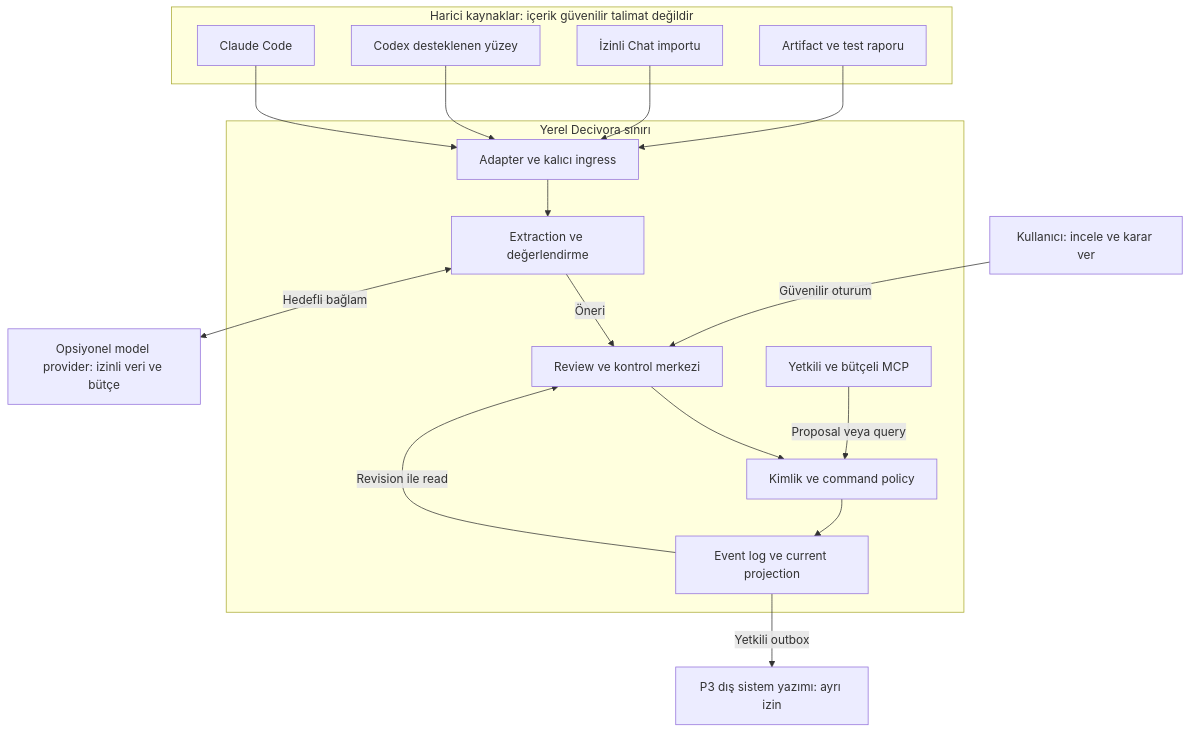
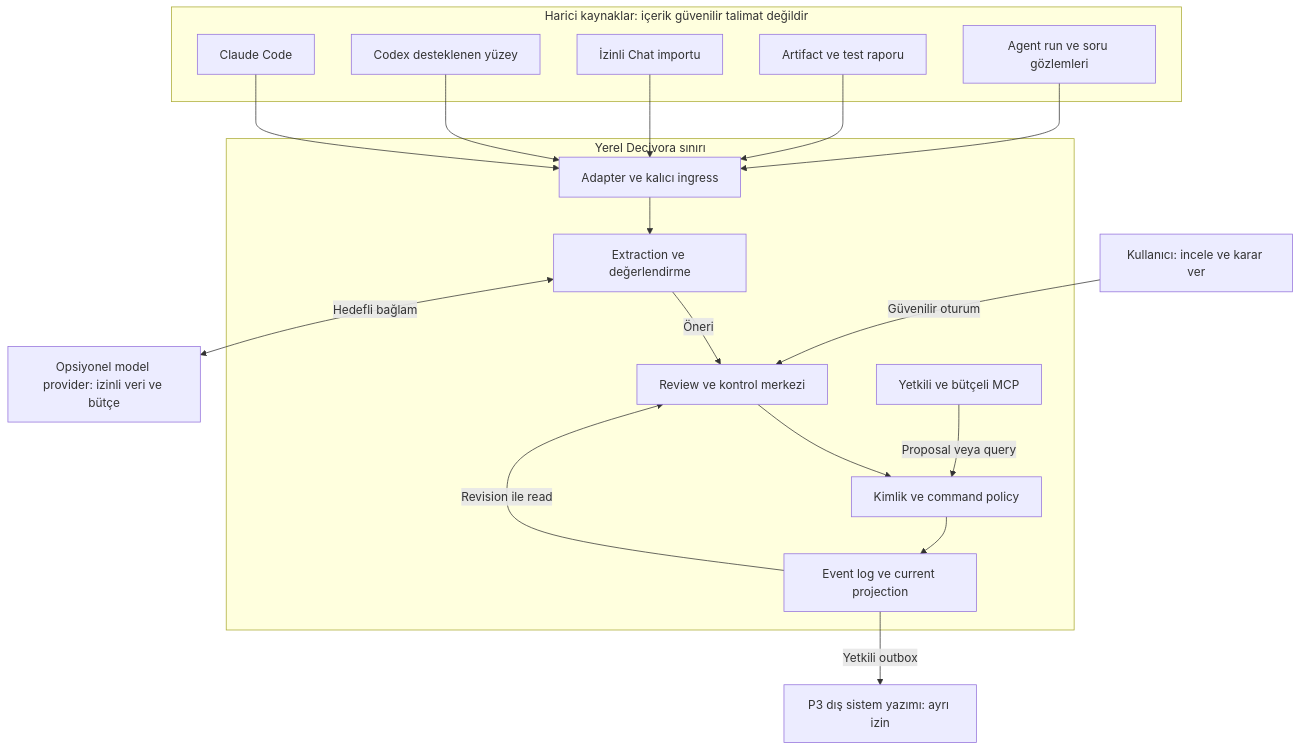
Before and after one commit to alphanAkbulut/decivora: the first of 13 diagrams in docs/architecture/diagrams.md, drawn with Mermaid. The commit also changed other lines of this file and 15 other files, not shown here.

Commit message:
docs: align diagrams and define administration and operations

````diff
--- a/docs/architecture/diagrams.md
+++ b/docs/architecture/diagrams.md
@@ -7,33 +7,35 @@
 ```mermaid
 flowchart TB
     USER["Kullanıcı: incele ve karar ver"]
     subgraph SOURCES["Harici kaynaklar: içerik güvenilir talimat değildir"]
         CC[Claude Code]
         CX[Codex desteklenen yüzey]
         CHAT[İzinli Chat importu]
         ART[Artifact ve test raporu]
+        AG[Agent run ve soru gözlemleri]
     end
     subgraph LOCAL["Yerel Decivora sınırı"]
         AD[Adapter ve kalıcı ingress]
         EN[Extraction ve değerlendirme]
         UI[Review ve kontrol merkezi]
         POLICY[Kimlik ve command policy]
         STORE[Event log ve current projection]
         MCP[Yetkili ve bütçeli MCP]
     end
     MODEL["Opsiyonel model provider: izinli veri ve bütçe"]
     EXT["P3 dış sistem yazımı: ayrı izin"]
     CC --> AD
     CX --> AD
     CHAT --> AD
     ART --> AD
+    AG --> AD
     AD --> EN
     EN -->|Öneri| UI
     USER -->|Güvenilir oturum| UI
     UI --> POLICY
     MCP -->|Proposal veya query| POLICY
     POLICY --> STORE
     STORE -->|Revision ile read| UI
     EN <-->|Hedefli bağlam| MODEL
     STORE -->|Yetkili outbox| EXT
 ```
````
